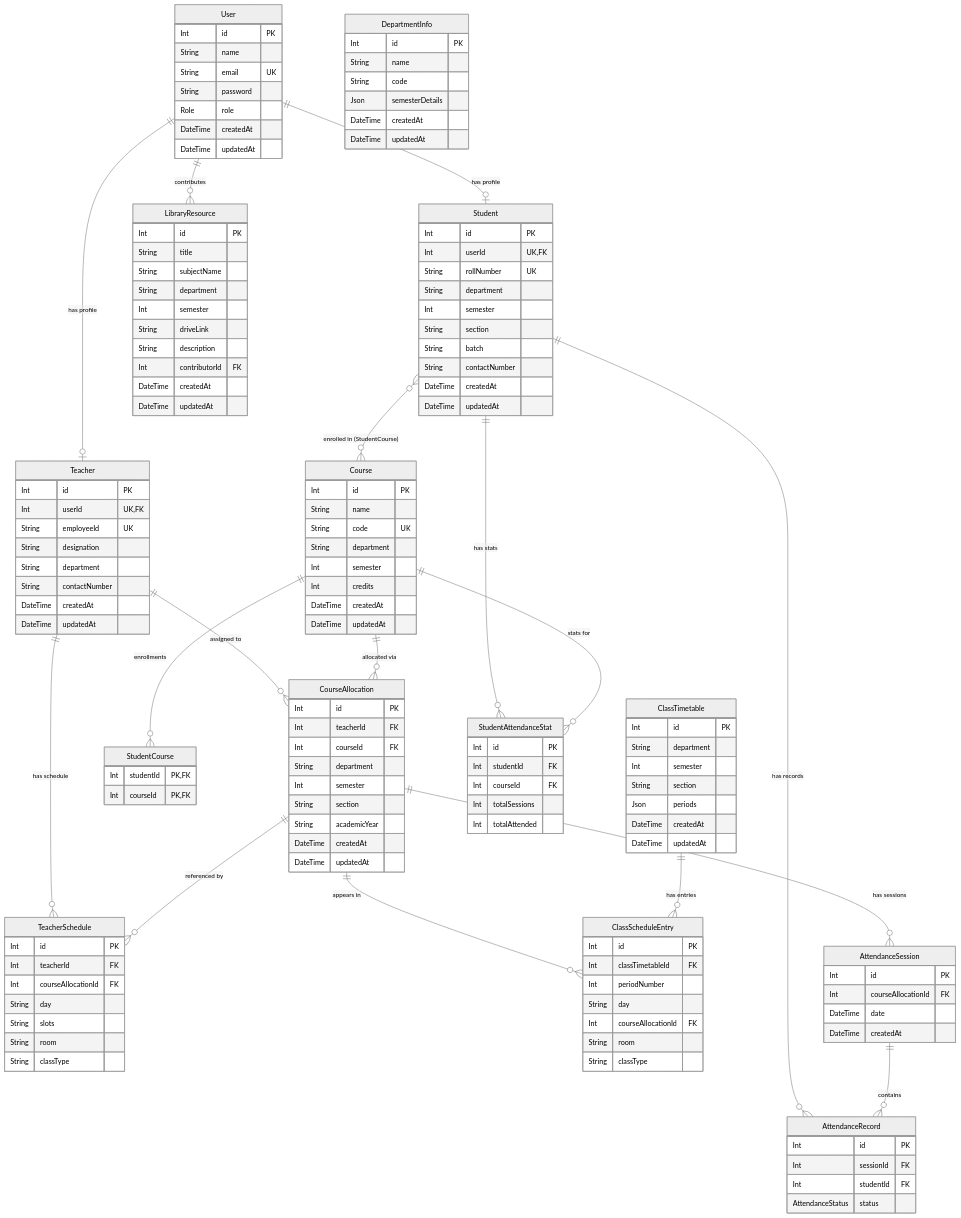
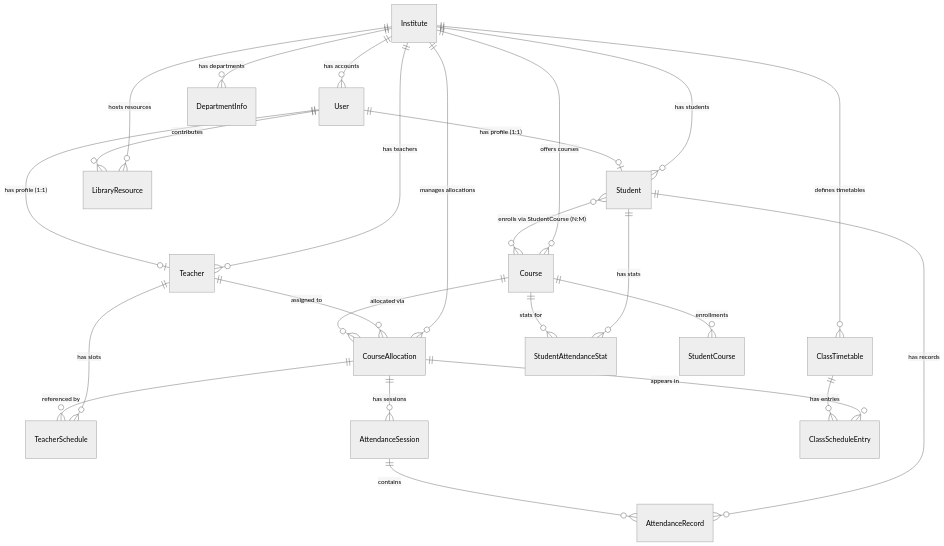
One commit to KUSHALROY-001/MyAttendance changed the diagram in README.md. Above: the diagram before and after it, drawn with Mermaid (neutral theme). The commit also changed other lines of this file, not shown here.

Commit message:
Update README with modern layout, tech badges, architecture overview, and demo credentials

````diff
--- a/README.md
+++ b/README.md
@@ -190,168 +170,33 @@
 ```mermaid
 erDiagram
-    User {
-        Int id PK
-        String name
-        String email UK
-        String password
-        Role role
-        DateTime createdAt
-        DateTime updatedAt
-    }
+    Institute ||--o{ User : "has accounts"
+    Institute ||--o{ Student : "has students"
+    Institute ||--o{ Teacher : "has teachers"
+    Institute ||--o{ DepartmentInfo : "has departments"
+    Institute ||--o{ Course : "offers courses"
+    Institute ||--o{ CourseAllocation : "manages allocations"
+    Institute ||--o{ ClassTimetable : "defines timetables"
+    Institute ||--o{ LibraryResource : "hosts resources"
 
-    Student {
-        Int id PK
-        Int userId UK,FK
-        String rollNumber UK
-        String department
-        Int semester
-        String section
-        String batch
-        String contactNumber
-        DateTime createdAt
-        DateTime updatedAt
-    }
+    User ||--o| Student : "has profile (1:1)"
+    User ||--o| Teacher : "has profile (1:1)"
+    User ||--o{ LibraryResource : "contributes"
 
-    Teacher {
-        Int id PK
-        Int userId UK,FK
-        String employeeId UK
-        String designation
-        String department
-        String contactNumber
-        DateTime createdAt
-        DateTime updatedAt
-    }
-
-    DepartmentInfo {
-        Int id PK
-        String name
-        String code
-        Json semesterDetails
-        DateTime createdAt
-        DateTime updatedAt
-    }
-
-    TeacherSchedule {
-        Int id PK
-        Int teacherId FK
-        Int courseAllocationId FK
-        String day
-        String slots
-        String room
-        String classType
-    }
-
-    ClassTimetable {
-        Int id PK
-        String department
-        Int semester
-        String section
-        Json periods
-        DateTime createdAt
-        DateTime updatedAt
-    }
-
-    ClassScheduleEntry {
-        Int id PK
-        Int classTimetableId FK
-        Int periodNumber
-        String day
-        Int courseAllocationId FK
-        String room
-        String classType
-    }
-
-    Course {
-        Int id PK
-        String name
-        String code UK
-        String department
-        Int semester
-        Int credits
-        DateTime createdAt
-        DateTime updatedAt
-    }
-
-    StudentCourse {
-        Int studentId PK,FK
-        Int courseId PK,FK
-    }
-
-    CourseAllocation {
-        Int id PK
-        Int teacherId FK
-        Int courseId FK
-        String department
-        Int semester
-        String section
-        String academicYear
-        DateTime createdAt
-        DateTime updatedAt
-    }
-
-    AttendanceSession {
-        Int id PK
-        Int courseAllocationId FK
-        DateTime date
-        DateTime createdAt
-    }
-
-    AttendanceRecord {
-        Int id PK
-        Int sessionId FK
-        Int studentId FK
-        AttendanceStatus status
-    }
-
-    StudentAttendanceStat {
-        Int id PK
-        Int studentId FK
-        Int courseId FK
-        Int totalSessions
-        Int totalAttended
-    }
-
-    LibraryResource {
-        Int id PK
-        String title
-        String subjectName
-        String department
-        Int semester
-        String driveLink
-        String description
-        Int contributorId FK
-        DateTime createdAt
-        DateTime updatedAt
-    }
-
-    %% ─── Auth Relations ───
-    User ||--o| Student          : "has profile"
-    User ||--o| Teacher          : "has profile"
-    User ||--o{ LibraryResource  : "contributes"
-
-    %% ─── Student Relations ───
-    Student }o--o{ Course            : "enrolled in (StudentCourse)"
-    Student ||--o{ AttendanceRecord  : "has records"
+    Student }o--o{ Course : "enrolls via StudentCourse (N:M)"
+    Student ||--o{ AttendanceRecord : "has records"
     Student ||--o{ StudentAttendanceStat : "has stats"
 
-    %% ─── Teacher Relations ───
-    Teacher ||--o{ CourseAllocation  : "assigned to"
-    Teacher ||--o{ TeacherSchedule   : "has schedule"
+    Teacher ||--o{ CourseAllocation : "assigned to"
+    Teacher ||--o{ TeacherSchedule : "has slots"
 
-    %% ─── Course Relations ───
-    Course ||--o{ StudentCourse          : "enrollments"
-    Course ||--o{ CourseAllocation       : "allocated via"
-    Course ||--o{ StudentAttendanceStat  : "stats for"
+    Course ||--o{ StudentCourse : "enrollments"
+    Course ||--o{ CourseAllocation : "allocated via"
+    Course ||--o{ StudentAttendanceStat : "stats for"
 
-    %% ─── CourseAllocation Relations ───
-    CourseAllocation ||--o{ AttendanceSession    : "has sessions"
-    CourseAllocation ||--o{ ClassScheduleEntry   : "appears in"
-    CourseAllocation ||--o{ TeacherSchedule      : "referenced by"
+    CourseAllocation ||--o{ AttendanceSession : "has sessions"
+    CourseAllocation ||--o{ ClassScheduleEntry : "appears in"
+    CourseAllocation ||--o{ TeacherSchedule : "referenced by"
 
-    %% ─── Attendance Flow ───
     AttendanceSession ||--o{ AttendanceRecord : "contains"
-
-    %% ─── Timetable Relations ───
     ClassTimetable ||--o{ ClassScheduleEntry : "has entries"
 ```
````
